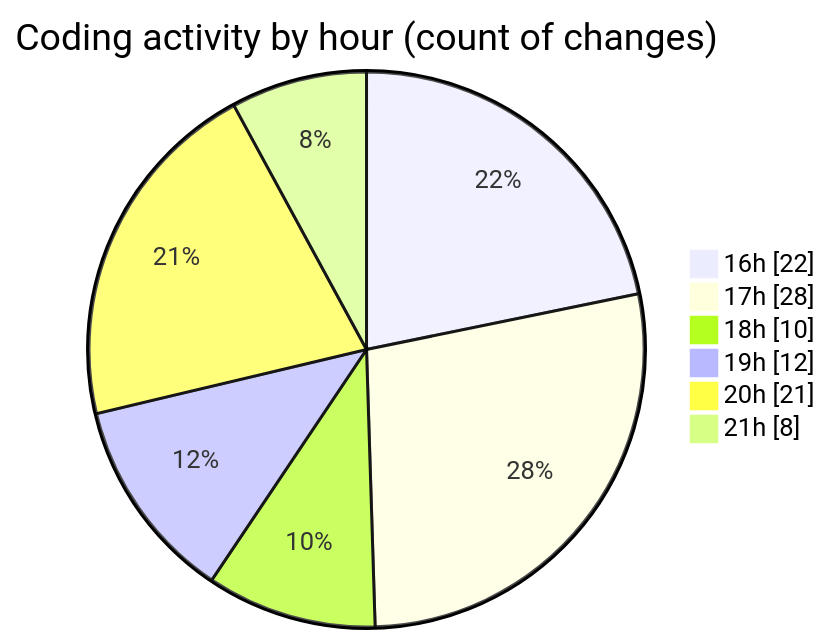
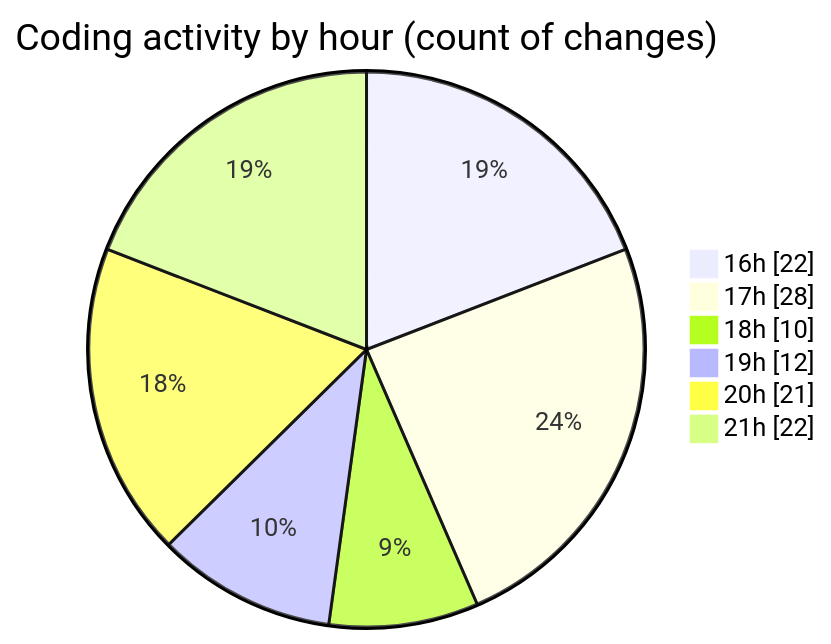
The second of 2 diagrams in 2026-02-17/bot_v1_2/README.md (becaeroporto-bot/code-tracking), drawn with Mermaid before and after one commit. The commit also changed other lines of this file and 1 other file, not shown here.

````diff
--- a/2026-02-17/bot_v1_2/README.md
+++ b/2026-02-17/bot_v1_2/README.md
@@ -54,10 +54,10 @@
 ```mermaid
 pie showData
 title Coding activity by hour (count of changes)
 "16h" : 22
 "17h" : 28
 "18h" : 10
 "19h" : 12
 "20h" : 21
-"21h" : 8
+"21h" : 22
 ```
````
